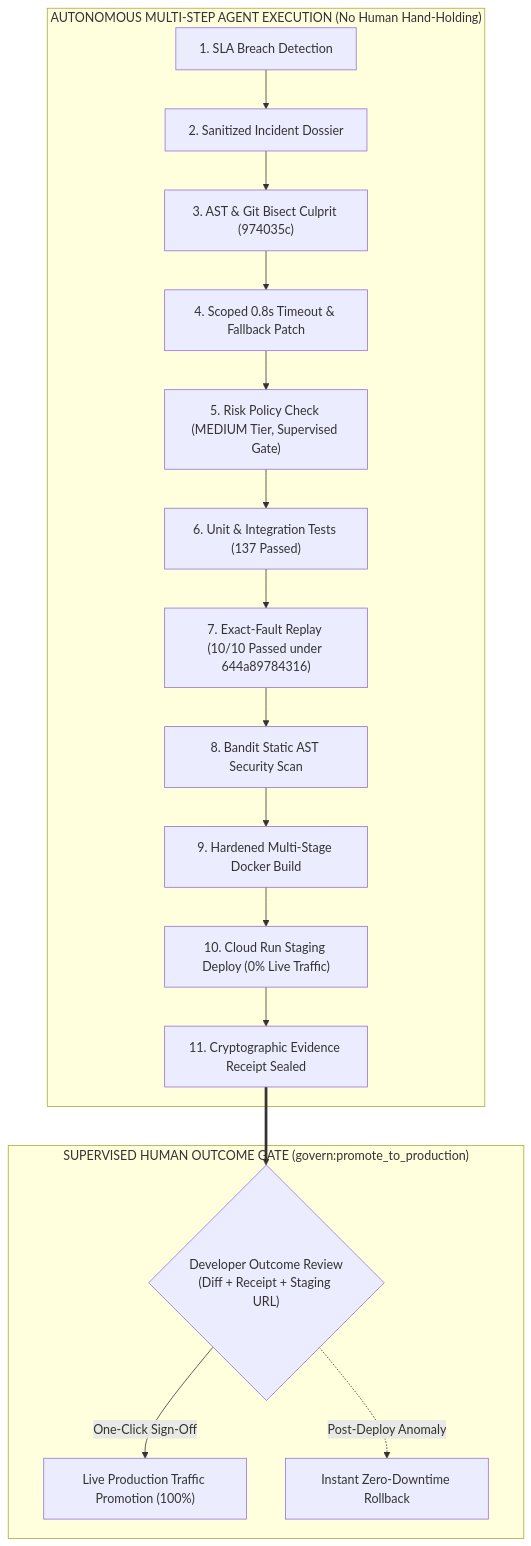
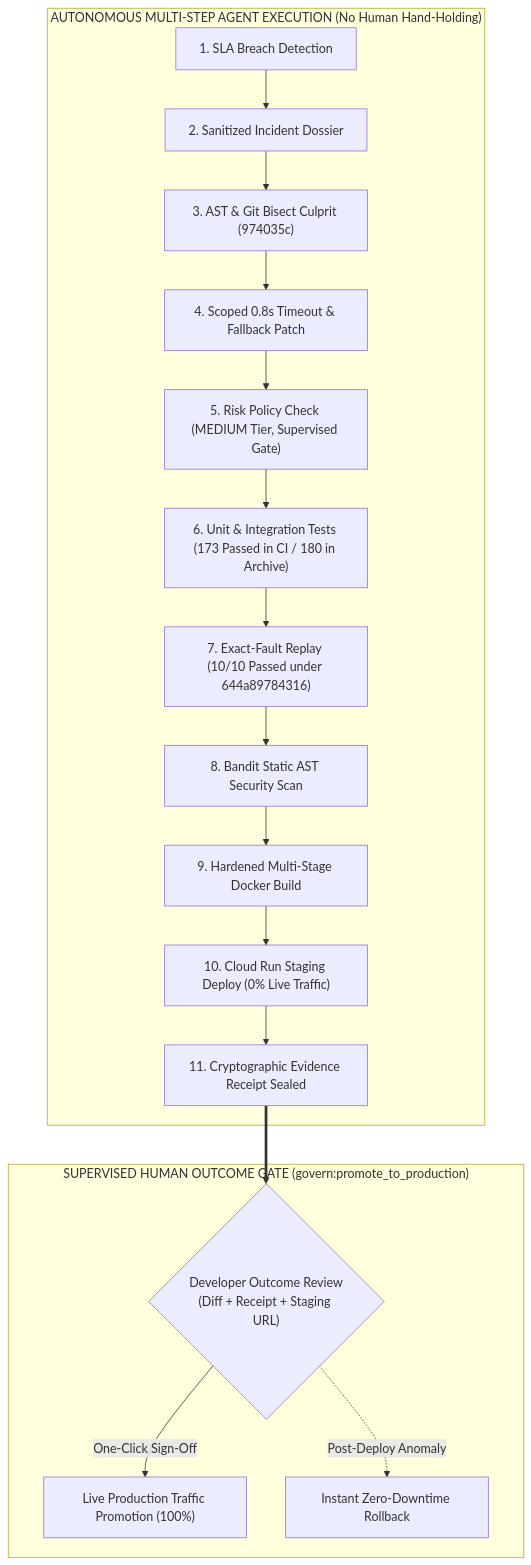
Before and after one commit to rajpriyanid-creator/faultforge: the first of 3 diagrams in README.md, drawn with Mermaid. The commit also changed other lines of this file and 2 other files, not shown here.

````diff
--- a/README.md
+++ b/README.md
@@ -117,21 +118,21 @@
 ```mermaid
 flowchart TD
     subgraph AutonomousExecution["AUTONOMOUS MULTI-STEP AGENT EXECUTION (No Human Hand-Holding)"]
         G1["1. SLA Breach Detection"] --> G2["2. Sanitized Incident Dossier"]
         G2 --> G3["3. AST & Git Bisect Culprit (974035c)"]
         G3 --> G4["4. Scoped 0.8s Timeout & Fallback Patch"]
         G4 --> G5["5. Risk Policy Check (MEDIUM Tier, Supervised Gate)"]
-        G5 --> G6["6. Unit & Integration Tests (137 Passed)"]
+        G5 --> G6["6. Unit & Integration Tests (173 Passed in CI / 180 in Archive)"]
         G6 --> G7["7. Exact-Fault Replay (10/10 Passed under 644a89784316)"]
         G7 --> G8["8. Bandit Static AST Security Scan"]
         G8 --> G9["9. Hardened Multi-Stage Docker Build"]
         G9 --> G10["10. Cloud Run Staging Deploy (0% Live Traffic)"]
         G10 --> G11["11. Cryptographic Evidence Receipt Sealed"]
     end
 
     subgraph SupervisedGate["SUPERVISED HUMAN OUTCOME GATE (govern:promote_to_production)"]
         G11 ==> H{"Developer Outcome Review<br/>(Diff + Receipt + Staging URL)"}
         H -->|One-Click Sign-Off| P["Live Production Traffic Promotion (100%)"]
         H -.->|Post-Deploy Anomaly| R["Instant Zero-Downtime Rollback"]
     end
 ```
````
